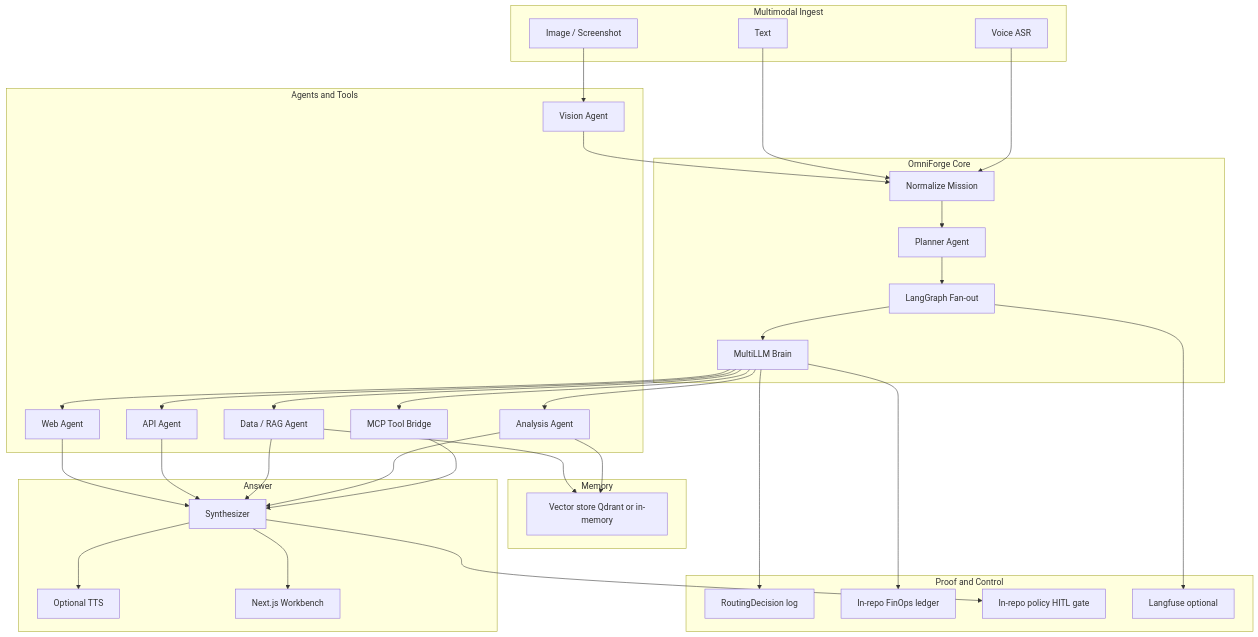
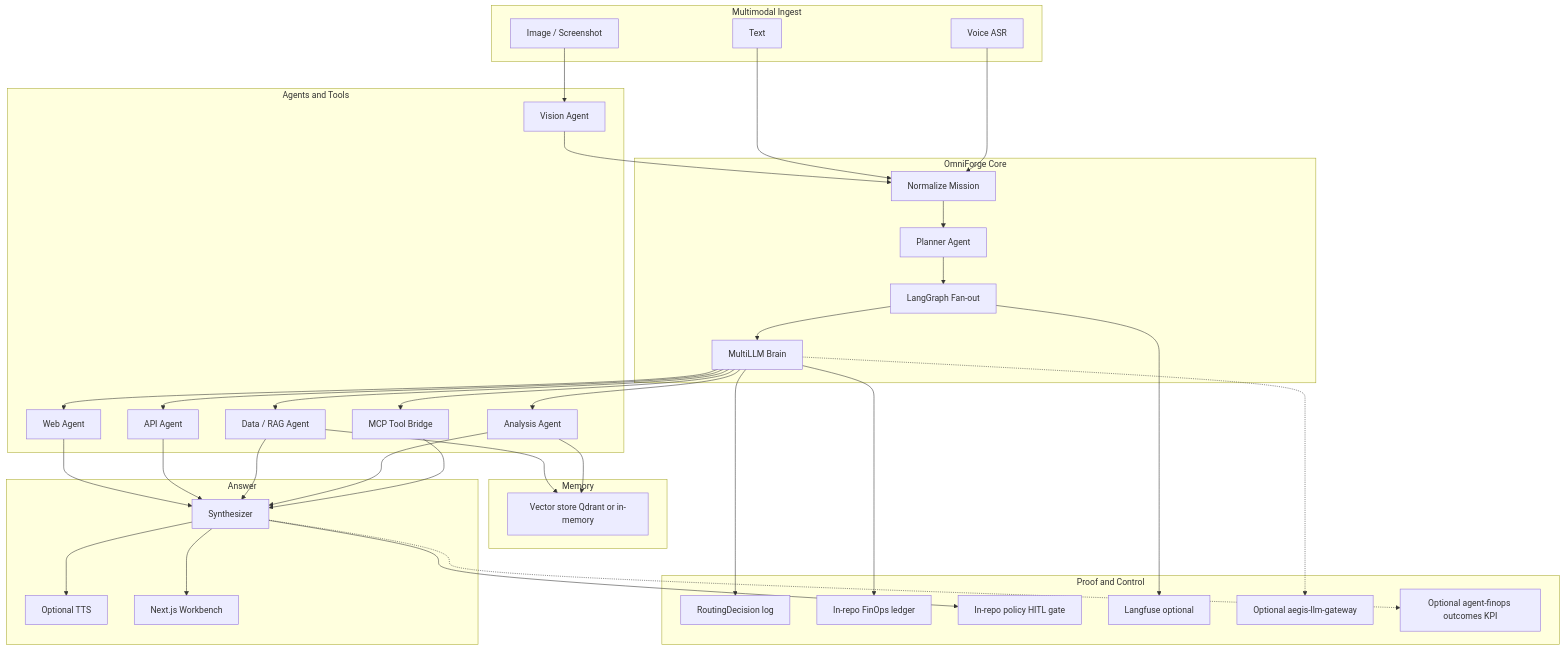
Before and after one commit to vpeetla-ai/omniforge: the diagram in docs/ARCHITECTURE.md, drawn with Mermaid. The commit also changed other lines of this file and 1 other file, not shown here.

Commit message:
Clarify self-contained vs plane-connected mode and ADR-029 selection.

````diff
--- a/docs/ARCHITECTURE.md
+++ b/docs/ARCHITECTURE.md
@@ -33,61 +37,65 @@
 ```mermaid
 flowchart TB
   subgraph ingest [Multimodal Ingest]
     Text["Text"]
     Image["Image / Screenshot"]
     VoiceIn["Voice ASR"]
   end
   subgraph core [OmniForge Core]
     Norm["Normalize Mission"]
     Plan["Planner Agent"]
     Brain["MultiLLM Brain"]
     Graph["LangGraph Fan-out"]
   end
   subgraph exec [Agents and Tools]
     Web["Web Agent"]
     ApiA["API Agent"]
     Data["Data / RAG Agent"]
     Analysis["Analysis Agent"]
     Vision["Vision Agent"]
     MCP["MCP Tool Bridge"]
   end
   subgraph memory [Memory]
     Store["Vector store Qdrant or in-memory"]
   end
   subgraph proof [Proof and Control]
     Waterfall["RoutingDecision log"]
     Fin["In-repo FinOps ledger"]
     Gate["In-repo policy HITL gate"]
     LF["Langfuse optional"]
+    PlaneGW["Optional aegis-llm-gateway"]
+    PlaneFin["Optional agent-finops outcomes KPI"]
   end
   subgraph out [Answer]
     Synth["Synthesizer"]
     VoiceOut["Optional TTS"]
     UI["Next.js Workbench"]
   end
   Text --> Norm
   Image --> Vision
   VoiceIn --> Norm
   Vision --> Norm
   Norm --> Plan
   Plan --> Graph
   Graph --> Brain
   Brain --> Web
   Brain --> ApiA
   Brain --> Data
   Brain --> Analysis
   Brain --> MCP
   Data --> Store
   Analysis --> Store
   Web --> Synth
   ApiA --> Synth
   Data --> Synth
   Analysis --> Synth
   MCP --> Synth
   Brain --> Waterfall
   Brain --> Fin
+  Brain -.-> PlaneGW
+  Synth -.-> PlaneFin
   Synth --> Gate
   Synth --> UI
   Synth --> VoiceOut
   Graph --> LF
 ```
````
